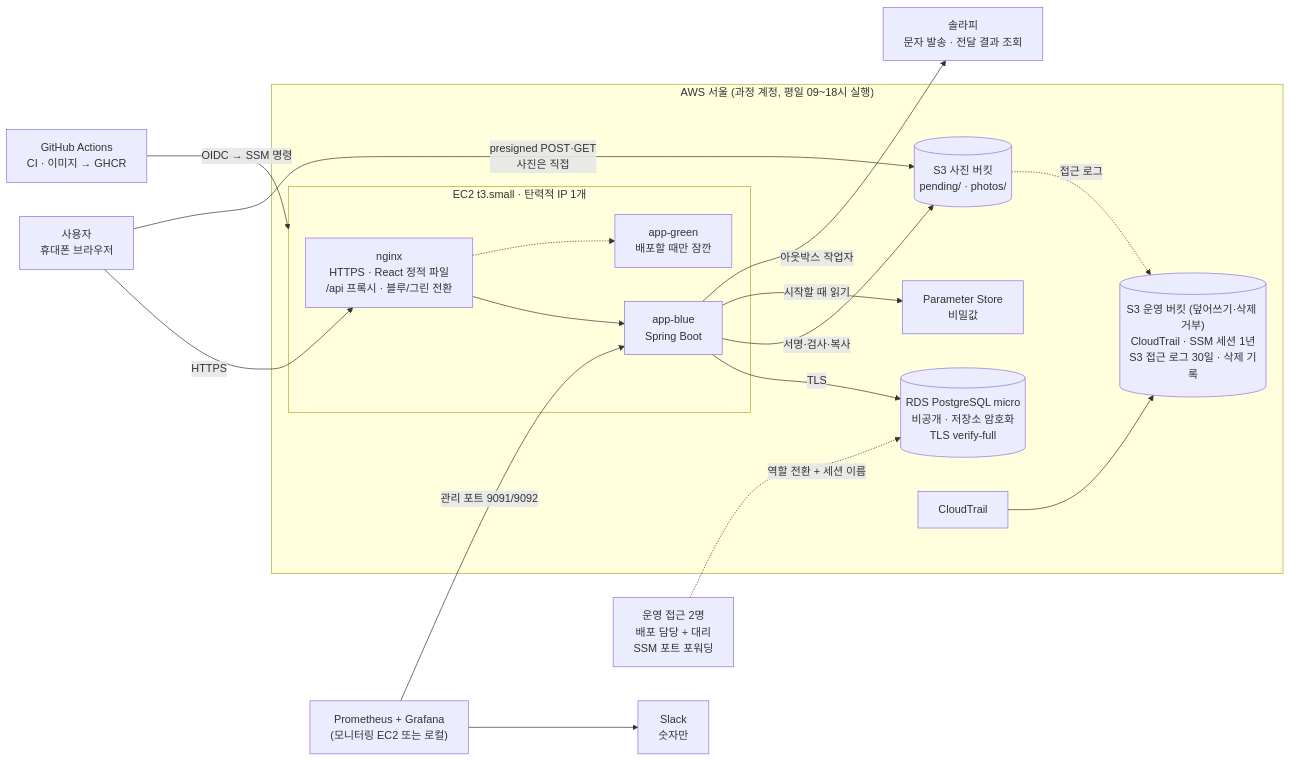
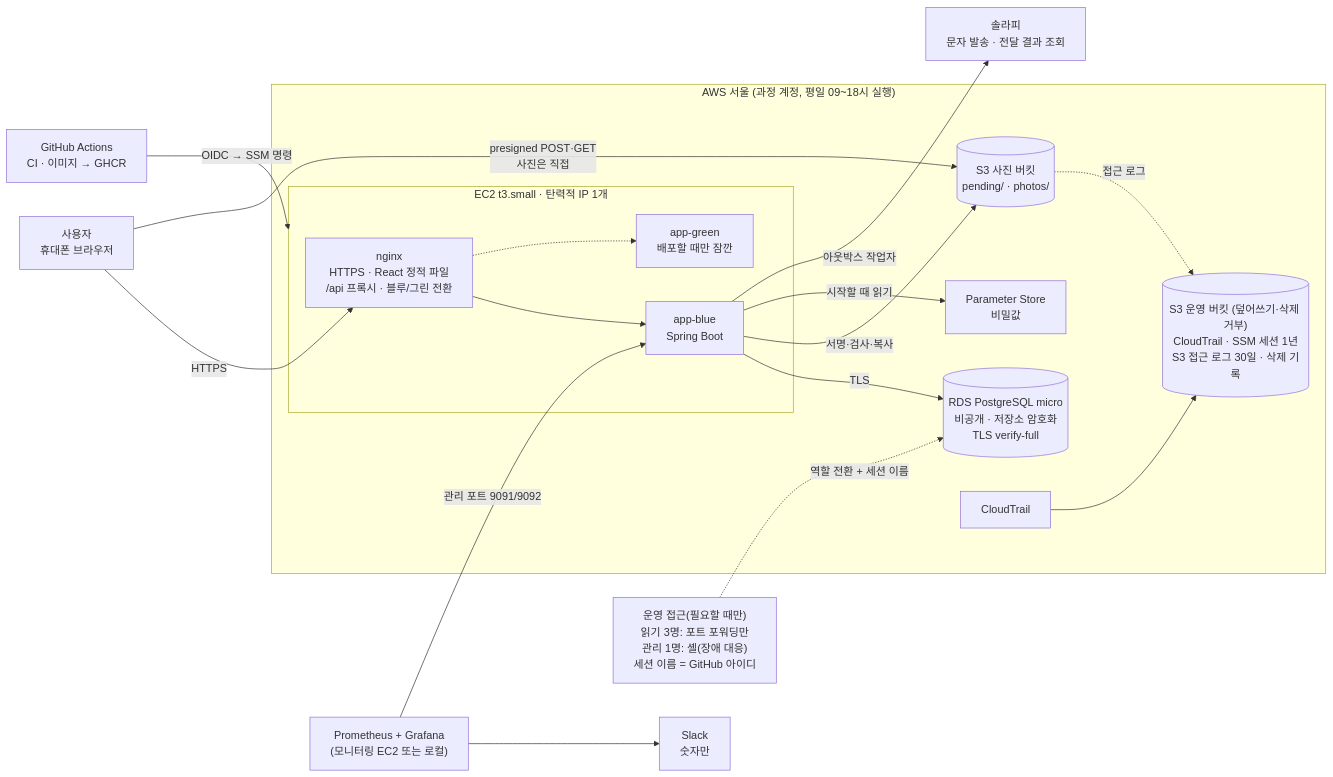
Before and after one commit to prgrms-be-devcourse/NBE12-14-final-homestamp: the diagram in docs/rules/04-인프라-아키텍처.md, drawn with Mermaid. The commit also changed other lines of this file and 1 other file, not shown here.

Commit message:
docs: 운영 접근을 읽기 3명·관리 1명으로 나누기

````diff
--- a/docs/rules/04-인프라-아키텍처.md
+++ b/docs/rules/04-인프라-아키텍처.md
@@ -11,36 +11,36 @@
 ```mermaid
 flowchart LR
     U["사용자<br/>휴대폰 브라우저"]
     subgraph AWS["AWS 서울 (과정 계정, 평일 09~18시 실행)"]
         subgraph EC2["EC2 t3.small · 탄력적 IP 1개"]
             NG["nginx<br/>HTTPS · React 정적 파일<br/>/api 프록시 · 블루/그린 전환"]
             B["app-blue<br/>Spring Boot"]
             G["app-green<br/>배포할 때만 잠깐"]
         end
         RDS[("RDS PostgreSQL micro<br/>비공개 · 저장소 암호화<br/>TLS verify-full")]
         S3P[("S3 사진 버킷<br/>pending/ · photos/")]
         S3L[("S3 운영 버킷 (덮어쓰기·삭제 거부)<br/>CloudTrail · SSM 세션 1년<br/>S3 접근 로그 30일 · 삭제 기록")]
         PS["Parameter Store<br/>비밀값"]
         CT["CloudTrail"]
     end
     SOL["솔라피<br/>문자 발송 · 전달 결과 조회"]
     GH["GitHub Actions<br/>CI · 이미지 → GHCR"]
-    OPS["운영 접근 2명<br/>배포 담당 + 대리<br/>SSM 포트 포워딩"]
+    OPS["운영 접근(필요할 때만)<br/>읽기 3명: 포트 포워딩만<br/>관리 1명: 셸(장애 대응)<br/>세션 이름 = GitHub 아이디"]
     MON["Prometheus + Grafana<br/>(모니터링 EC2 또는 로컬)"]
     SL["Slack<br/>숫자만"]
 
     U -- "HTTPS" --> NG
     NG --> B
     NG -.-> G
     U -- "presigned POST·GET<br/>사진은 직접" --> S3P
     B -- "TLS" --> RDS
     B -- "서명·검사·복사" --> S3P
     B -- "시작할 때 읽기" --> PS
     B -- "아웃박스 작업자" --> SOL
     GH -- "OIDC → SSM 명령" --> EC2
     OPS -. "역할 전환 + 세션 이름" .-> RDS
     CT --> S3L
     S3P -. "접근 로그" .-> S3L
     MON -- "관리 포트 9091/9092" --> B
     MON --> SL
 ```
````
